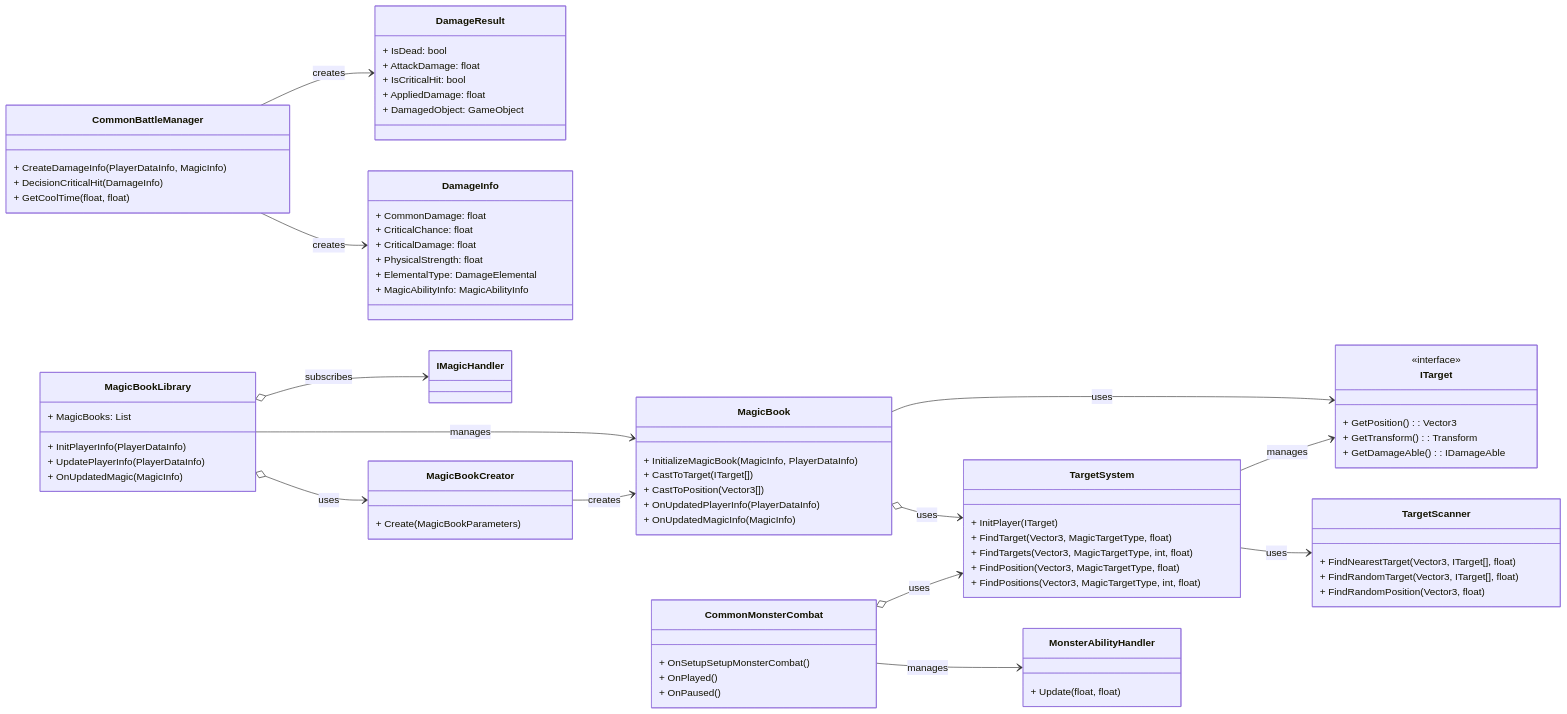
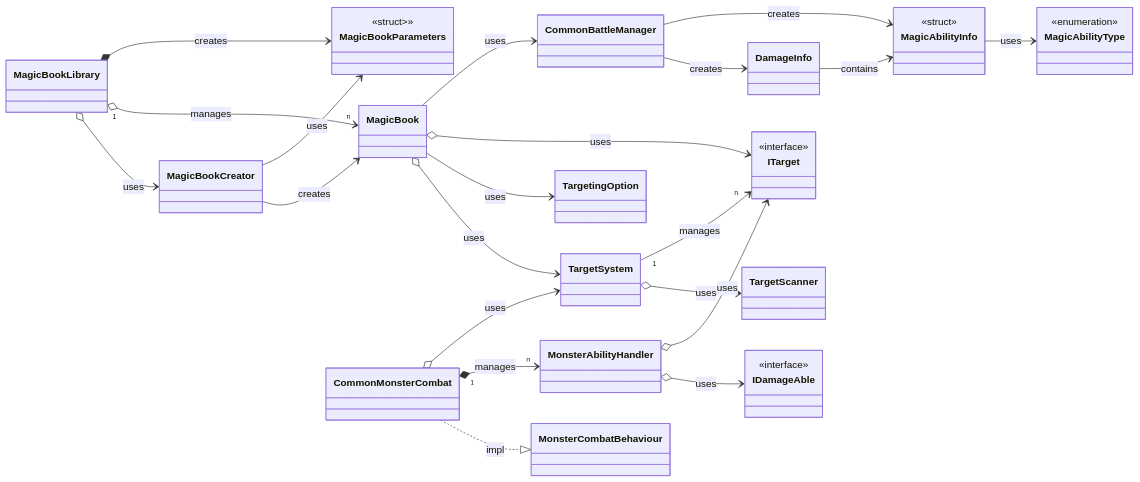
Before and after one commit to CosmicGiantKoala/CosmicGiantKoala.github.io: the first of 4 diagrams in content/docs/Projects/SlimeRush/BattleSystem/Overview.md, drawn with Mermaid. The commit also changed other lines of this file, not shown here.

Commit message:
feat: 전투 시스템 문서 개요 작성

````diff
--- a/content/docs/Projects/SlimeRush/BattleSystem/Overview.md
+++ b/content/docs/Projects/SlimeRush/BattleSystem/Overview.md
@@ -75,93 +75,47 @@
 ```mermaid
 classDiagram
   direction LR
-  class MagicBookLibrary {
-    + MagicBooks: List<MagicBook>
-    + InitPlayerInfo(PlayerDataInfo)
-    + UpdatePlayerInfo(PlayerDataInfo)
-    + OnUpdatedMagic(MagicInfo)
-  }
 
-  class MagicBookCreator {
-    + Create(MagicBookParameters)
-  }
+%% 핵심 시스템 클래스
+  class MagicBookLibrary
+  class MagicBook
+  class MagicBookCreator
+  class MagicBookParameters{<<struct>>>}
+  class CommonMonsterCombat
+  class CommonBattleManager
+  class MonsterAbilityHandler
+  class CommonBattleManager
+  class IDamageAble{<<interface>>}
+  class DamageInfo
+  class ITarget{<<interface>>}
+  class TargetSystem
+  class TargetScanner
+  class MagicAbilityInfo{<<struct>>}
+  class MagicAbilityType{<<enumeration>>}
 
-  class MagicBook {
-    + InitializeMagicBook(MagicInfo, PlayerDataInfo)
-    + CastToTarget(ITarget[])
-    + CastToPosition(Vector3[])
-    + OnUpdatedPlayerInfo(PlayerDataInfo)
-    + OnUpdatedMagicInfo(MagicInfo)
-  }
+%% 주요 관계
+  MagicBookLibrary o--> MagicBookCreator : uses
+  MagicBookLibrary "1" o--> "n" MagicBook : manages
+  MagicBookLibrary *--> MagicBookParameters : creates
+  MagicBookCreator --> MagicBook : creates
+  MagicBookCreator --> MagicBookParameters : uses
+  
+  MagicBook o--> TargetSystem : uses
+  MagicBook --> TargetingOption : uses
+  MagicBook o--> ITarget : uses
+  MagicBook --> CommonBattleManager : uses
+  MagicAbilityInfo --> MagicAbilityType : uses
 
-  class CommonMonsterCombat {
-    + OnSetupSetupMonsterCombat()
-    + OnPlayed()
-    + OnPaused()
-  }
+  CommonMonsterCombat ..|> MonsterCombatBehaviour :impl
+  CommonMonsterCombat "1" *--> "n" MonsterAbilityHandler : manages
+  CommonMonsterCombat o--> TargetSystem : uses
+  MonsterAbilityHandler o--> IDamageAble : uses
+  MonsterAbilityHandler o--> ITarget : uses
 
-  class MonsterAbilityHandler {
-    + Update(float, float)
-  }
+  CommonBattleManager --> DamageInfo : creates
+  CommonBattleManager --> MagicAbilityInfo : creates
+  DamageInfo --> MagicAbilityInfo : contains
 
-  class CommonBattleManager {
-    + CreateDamageInfo(PlayerDataInfo, MagicInfo)
-    + DecisionCriticalHit(DamageInfo)
-    + GetCoolTime(float, float)
-  }
-
-  class TargetSystem {
-    + InitPlayer(ITarget)
-    + FindTarget(Vector3, MagicTargetType, float)
-    + FindTargets(Vector3, MagicTargetType, int, float)
-    + FindPosition(Vector3, MagicTargetType, float)
-    + FindPositions(Vector3, MagicTargetType, int, float)
-  }
-
-  class TargetScanner {
-    + FindNearestTarget(Vector3, ITarget[], float)
-    + FindRandomTarget(Vector3, ITarget[], float)
-    + FindRandomPosition(Vector3, float)
-  }
-
-  class DamageInfo {
-    + CommonDamage: float
-    + CriticalChance: float
-    + CriticalDamage: float
-    + PhysicalStrength: float
-    + ElementalType: DamageElemental
-    + MagicAbilityInfo: MagicAbilityInfo
-  }
-
-  class DamageResult {
-    + IsDead: bool
-    + AttackDamage: float
-    + IsCriticalHit: bool
-    + AppliedDamage: float
-    + DamagedObject: GameObject
-  }
-
-  class ITarget {
-    <<interface>>
-    + GetPosition(): Vector3
-    + GetTransform(): Transform
-    + GetDamageAble(): IDamageAble
-  }
-
-MagicBookLibrary o--> MagicBookCreator : uses
-MagicBookLibrary --> MagicBook : manages
-MagicBookCreator --> MagicBook : creates
-MagicBookLibrary o--> IMagicHandler : subscribes
-
-CommonMonsterCombat --> MonsterAbilityHandler : manages
-CommonMonsterCombat o--> TargetSystem : uses
-
-CommonBattleManager --> DamageInfo : creates
-CommonBattleManager --> DamageResult : creates
-
-TargetSystem --> TargetScanner : uses
-TargetSystem --> ITarget : manages
-
-MagicBook o--> TargetSystem : uses
-MagicBook --> ITarget : uses
+  TargetSystem o--> TargetScanner : uses
+  TargetSystem "1" --> "n" ITarget : manages
 ```
````
